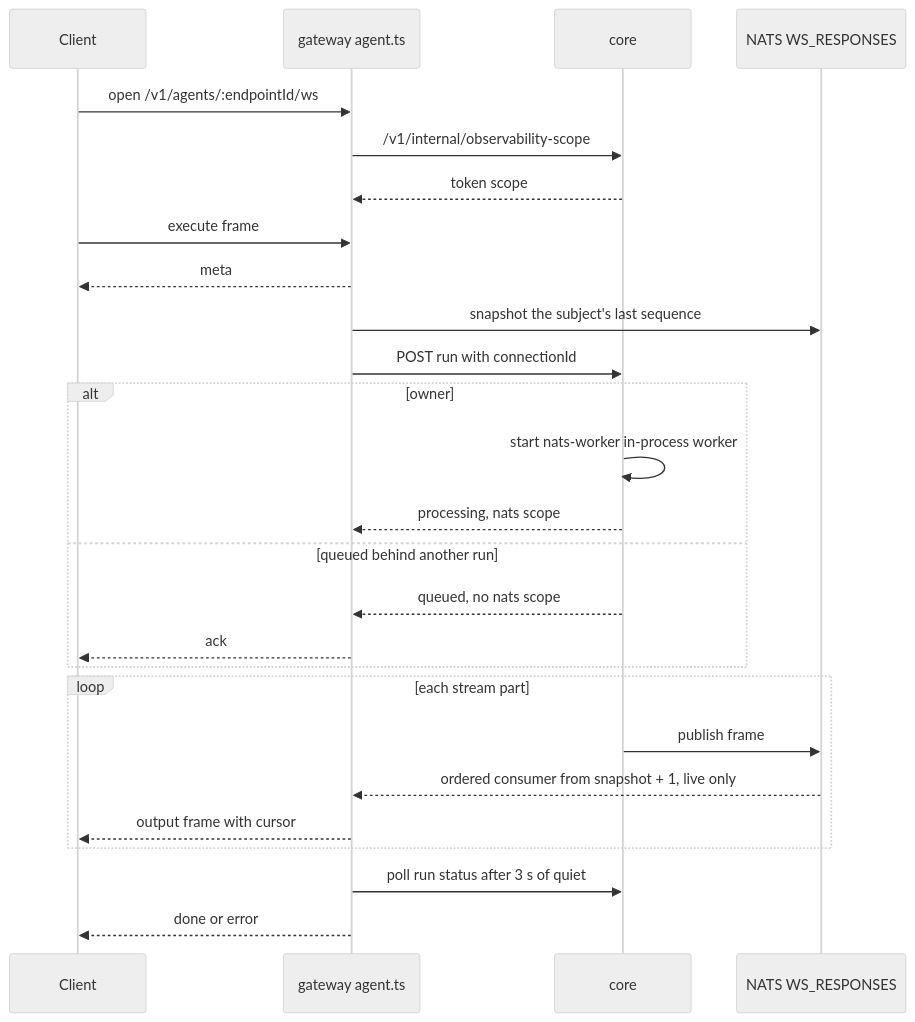
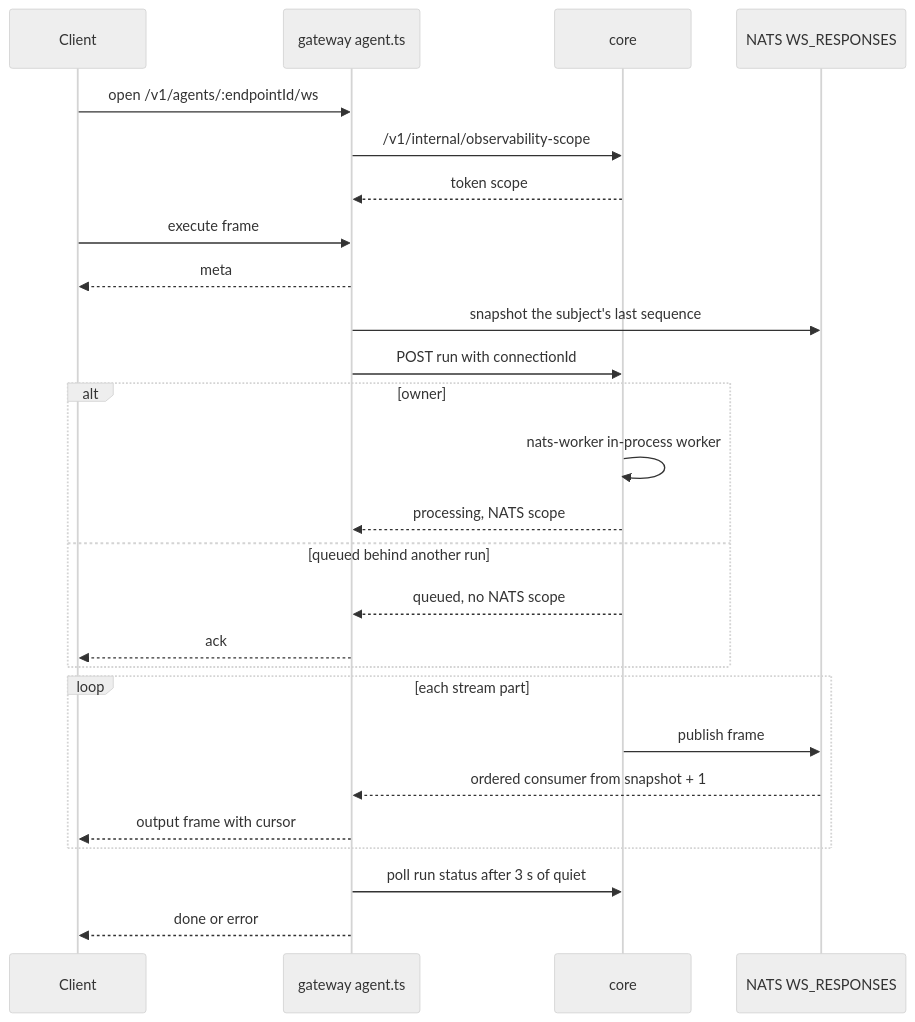
The third of 11 diagrams in apps/docs/docs/internals/architecture.md (beeblastco/broods), drawn with Mermaid (neutral theme) before and after one commit. The commit also changed other lines of this file and 22 other files, not shown here.

First line of the commit message:
docs: fold the Cloudflare pages into their sections, rewrite internals diagram-first (#1010)

````diff
--- a/apps/docs/docs/internals/architecture.md
+++ b/apps/docs/docs/internals/architecture.md
@@ -131,28 +73,28 @@
 ```mermaid
 sequenceDiagram
   participant C as Client
   participant G as gateway agent.ts
   participant H as core
   participant N as NATS WS_RESPONSES
   C->>G: open /v1/agents/:endpointId/ws
   G->>H: /v1/internal/observability-scope
   H-->>G: token scope
   C->>G: execute frame
   G-->>C: meta
   G->>N: snapshot the subject's last sequence
   G->>H: POST run with connectionId
   alt owner
-    H->>H: start nats-worker in-process worker
-    H-->>G: processing, nats scope
+    H->>H: nats-worker in-process worker
+    H-->>G: processing, NATS scope
   else queued behind another run
-    H-->>G: queued, no nats scope
+    H-->>G: queued, no NATS scope
     G-->>C: ack
   end
   loop each stream part
     H->>N: publish frame
-    N-->>G: ordered consumer from snapshot + 1, live only
+    N-->>G: ordered consumer from snapshot + 1
     G-->>C: output frame with cursor
   end
   G->>H: poll run status after 3 s of quiet
   G-->>C: done or error
 ```
````
